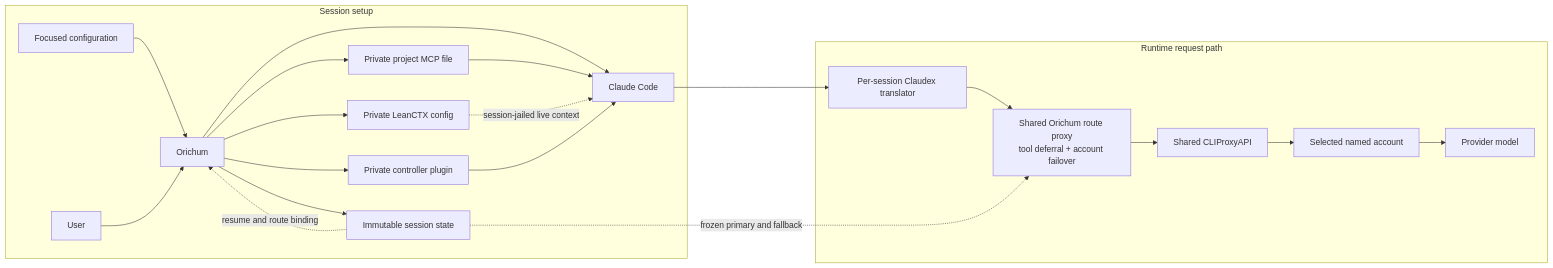
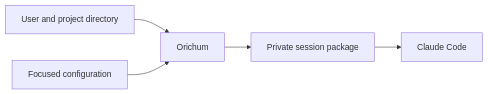
Before and after one commit to orichum/claudex-workflow: the first of 4 diagrams in docs/architecture.md, drawn with Mermaid. The commit also changed other lines of this file and 5 other files, not shown here.

````diff
--- a/docs/architecture.md
+++ b/docs/architecture.md
@@ -5,26 +5,7 @@
 ```mermaid
 flowchart LR
-    subgraph Launch["Session setup"]
-        CFG["Focused configuration"] --> O["Orichum"]
-        U["User"] --> O
-        O --> STATE["Immutable session state"]
-        O --> MCP["Private project MCP file"]
-        O --> LCFG["Private LeanCTX config"]
-        O --> PLUGIN["Private controller plugin"]
-        O --> C["Claude Code"]
-
-        MCP --> C
-        LCFG -. "session-jailed live context" .-> C
-        PLUGIN --> C
-        STATE -. "resume and route binding" .-> O
-    end
-
-    subgraph Runtime["Runtime request path"]
-        C --> X["Per-session Claudex translator"]
-        X --> R["Shared Orichum route proxy\ntool deferral + account failover"]
-        STATE -. "frozen primary and fallback" .-> R
-        R --> P["Shared CLIProxyAPI"]
-        P --> A["Selected named account"]
-        A --> M["Provider model"]
-    end
+    U["User and project directory"] --> O["Orichum"]
+    C["Focused configuration"] --> O
+    O --> P["Private session package"]
+    P --> CC["Claude Code"]
 ```
````
